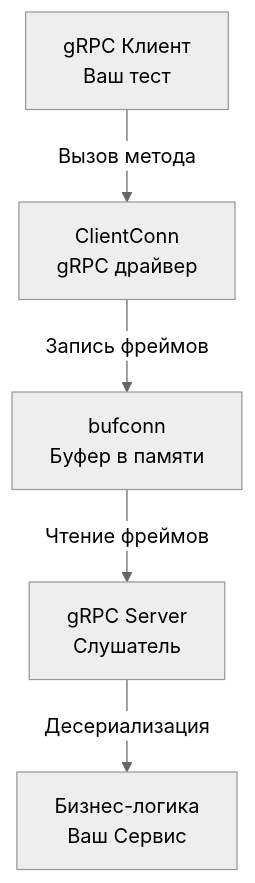
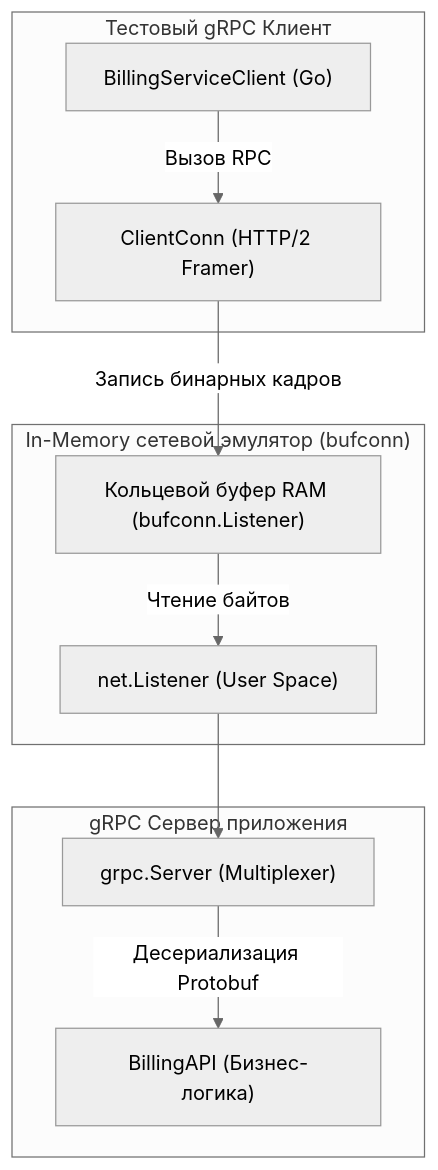
Before and after one commit to UnrealTemplier/go-textbook: the diagram in sources/15. Тестирование в Go (QA & Testing)/06. HTTP и API тестирование/5. Тестирование gRPC.md, drawn with Mermaid (neutral theme). The commit also changed other lines of this file, not shown here.

Commit message:
feat(module-15): editorial rewrite of lecture 5 (Тестирование gRPC) in Subsection 6 in Kernighan style

````diff
--- a/sources/15. Тестирование в Go (QA & Testing)/06. HTTP и API тестирование/5. Тестирование gRPC.md
+++ b/sources/15. Тестирование в Go (QA & Testing)/06. HTTP и API тестирование/5. Тестирование gRPC.md
@@ -19,7 +28,16 @@
 ```mermaid
 flowchart TD
-    A["gRPC Клиент<br>Ваш тест"] -->|"Вызов метода"| B["ClientConn<br>gRPC драйвер"]
-    B -->|"Запись фреймов"| C["bufconn<br>Буфер в памяти"]
-    C -->|"Чтение фреймов"| D["gRPC Server<br>Слушатель"]
-    D -->|"Десериализация"| E["Бизнес-логика<br>Ваш Сервис"]
+    subgraph ClientLayer["Тестовый gRPC Клиент"]
+        Client["BillingServiceClient (Go)"] -->|"Вызов RPC"| Conn["ClientConn (HTTP/2 Framer)"]
+    end
+
+    subgraph MemoryTransport["In-Memory сетевой эмулятор (bufconn)"]
+        Conn -->|"Запись бинарных кадров"| Buf["Кольцевой буфер RAM (bufconn.Listener)"]
+        Buf -->|"Чтение байтов"| ServListener["net.Listener (User Space)"]
+    end
+
+    subgraph ServerLayer["gRPC Сервер приложения"]
+        ServListener --> GServer["grpc.Server (Multiplexer)"]
+        GServer -->|"Десериализация Protobuf"| Logic["BillingAPI (Бизнес-логика)"]
+    end
 ```
````
